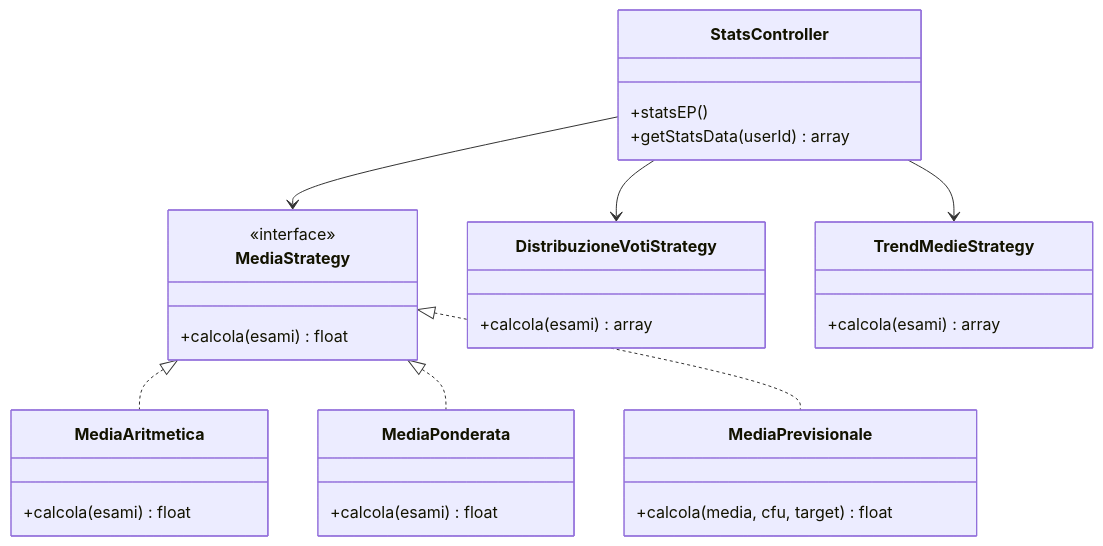
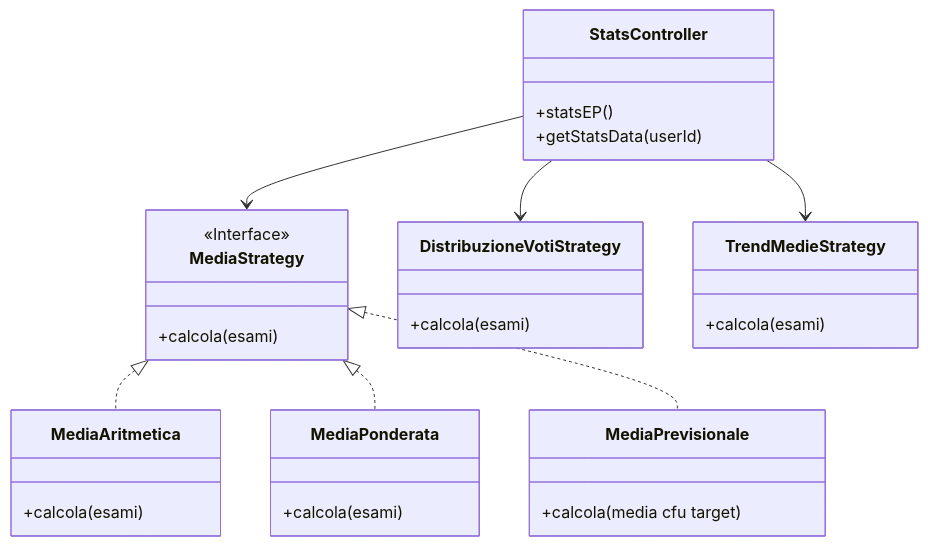
One commit to frankelfokou/Gestione-esami-universitari changed the second of 16 diagrams in README.md. Above: the diagram before and after it, drawn with Mermaid. The commit also changed other lines of this file and 1 other file, not shown here.

````diff
--- a/README.md
+++ b/README.md
@@ -327,44 +327,40 @@
 ```mermaid
 classDiagram
-    direction TB
-
     class StatsController {
         +statsEP()
-        +getStatsData(userId) array
+        +getStatsData(userId)
     }
 
     class MediaStrategy {
-        <<interface>>
-        +calcola(esami) float
+        <<Interface>>
+        +calcola(esami)
     }
 
     class MediaAritmetica {
-        +calcola(esami) float
+        +calcola(esami)
     }
 
     class MediaPonderata {
-        +calcola(esami) float
+        +calcola(esami)
     }
 
     class MediaPrevisionale {
-        +calcola(media, cfu, target) float
+        +calcola(media cfu target)
     }
 
     class DistribuzioneVotiStrategy {
-        +calcola(esami) array
+        +calcola(esami)
     }
 
     class TrendMedieStrategy {
-        +calcola(esami) array
+        +calcola(esami)
     }
 
-    %% L'ordine di queste tre righe determina la posizione orizzontale (Sinistra -> Destra)
     StatsController --> MediaStrategy
     StatsController --> DistribuzioneVotiStrategy
     StatsController --> TrendMedieStrategy
 
-    %% Implementazioni dell'interfaccia (stanno sotto MediaStrategy)
     MediaStrategy <|.. MediaAritmetica
     MediaStrategy <|.. MediaPonderata
     MediaStrategy <|.. MediaPrevisionale
 ```
````
